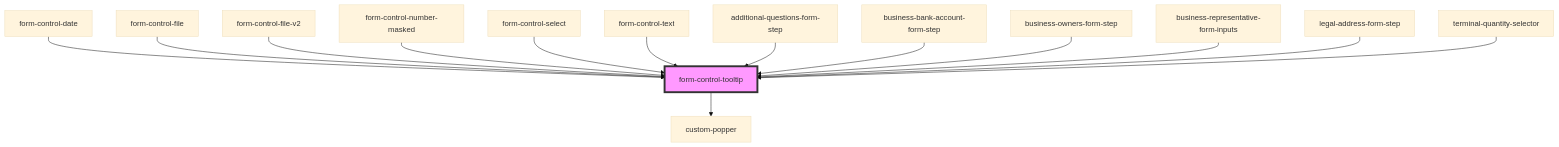
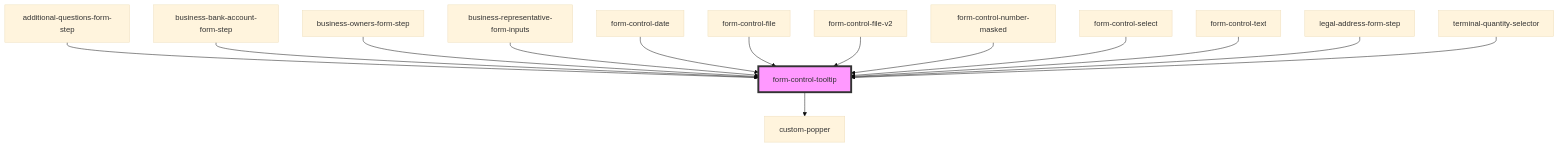
The diagram in packages/webcomponents/src/ui-components/form/form-helpers/form-control-tooltip/readme.md (justifi-tech/web-component-library), drawn with Mermaid (base theme) before and after one commit. The commit also changed other lines of this file, not shown here.

````diff
--- a/packages/webcomponents/src/ui-components/form/form-helpers/form-control-tooltip/readme.md
+++ b/packages/webcomponents/src/ui-components/form/form-helpers/form-control-tooltip/readme.md
@@ -37,17 +37,17 @@
 ```mermaid
 graph TD;
   form-control-tooltip --> custom-popper
+  additional-questions-form-step --> form-control-tooltip
+  business-bank-account-form-step --> form-control-tooltip
+  business-owners-form-step --> form-control-tooltip
+  business-representative-form-inputs --> form-control-tooltip
   form-control-date --> form-control-tooltip
   form-control-file --> form-control-tooltip
   form-control-file-v2 --> form-control-tooltip
   form-control-number-masked --> form-control-tooltip
   form-control-select --> form-control-tooltip
   form-control-text --> form-control-tooltip
-  additional-questions-form-step --> form-control-tooltip
-  business-bank-account-form-step --> form-control-tooltip
-  business-owners-form-step --> form-control-tooltip
-  business-representative-form-inputs --> form-control-tooltip
   legal-address-form-step --> form-control-tooltip
   terminal-quantity-selector --> form-control-tooltip
   style form-control-tooltip fill:#f9f,stroke:#333,stroke-width:4px
 ```
````
